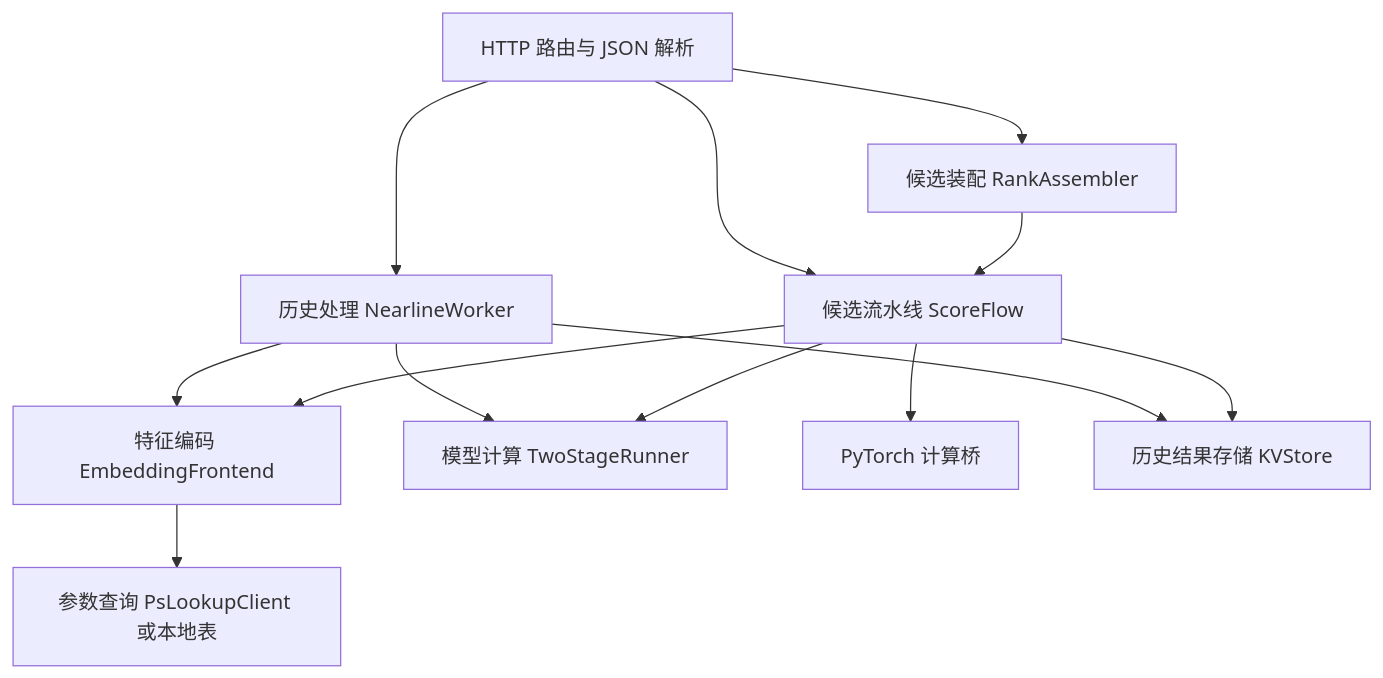
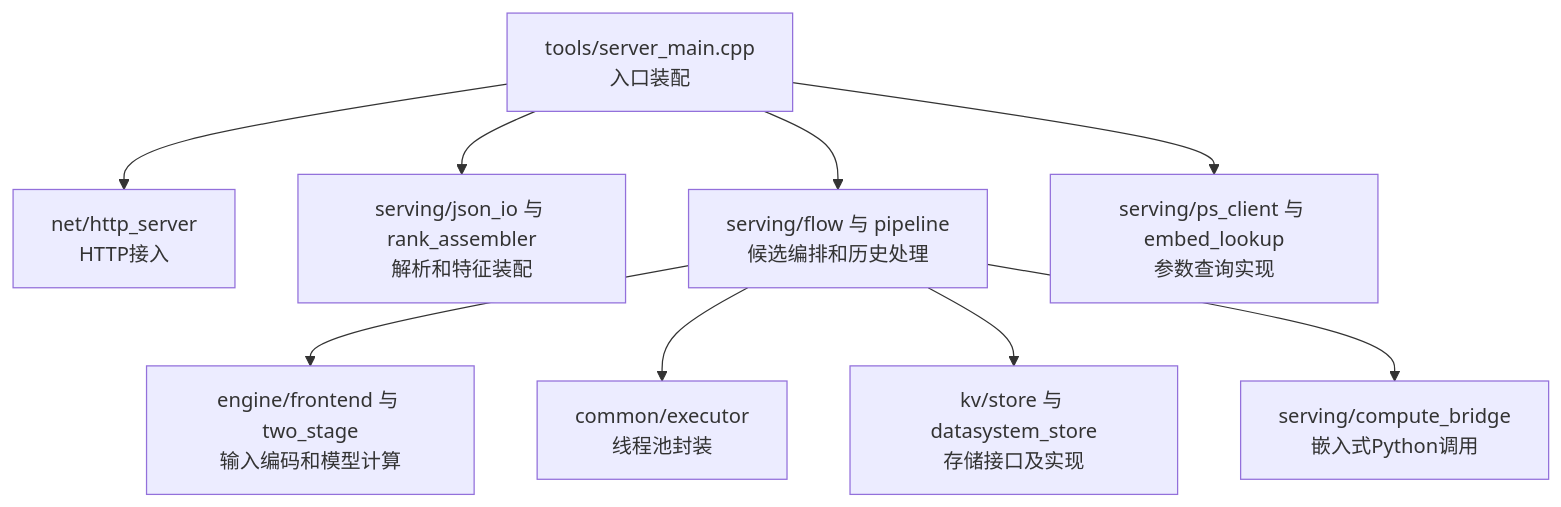
Before and after one commit to bitianyuan123/docs: the second of 6 diagrams in 02_onetrans.md, drawn with Mermaid. The commit also changed other lines of this file and 141 other files, not shown here.

````diff
--- a/02_onetrans.md
+++ b/02_onetrans.md
@@ -152,15 +144,11 @@
 ```mermaid
 flowchart TD
-    A[HTTP 路由与 JSON 解析] --> B[历史处理 NearlineWorker]
-    A --> C[候选装配 RankAssembler]
-    A --> D[候选流水线 ScoreFlow]
-    C --> D
-    B --> E[特征编码 EmbeddingFrontend]
-    D --> E
-    E --> F[参数查询 PsLookupClient 或本地表]
-    B --> G[模型计算 TwoStageRunner]
-    D --> G
-    D --> H[PyTorch 计算桥]
-    B --> I[历史结果存储 KVStore]
-    D --> I
+    A[tools/server_main.cpp<br/>入口装配] --> B[net/http_server<br/>HTTP接入]
+    A --> C[serving/json_io 与 rank_assembler<br/>解析和特征装配]
+    A --> D[serving/flow 与 pipeline<br/>候选编排和历史处理]
+    D --> E[engine/frontend 与 two_stage<br/>输入编码和模型计算]
+    D --> F[common/executor<br/>线程池封装]
+    D --> G[kv/store 与 datasystem_store<br/>存储接口及实现]
+    D --> H[serving/compute_bridge<br/>嵌入式Python调用]
+    A --> I[serving/ps_client 与 embed_lookup<br/>参数查询实现]
 ```
````
